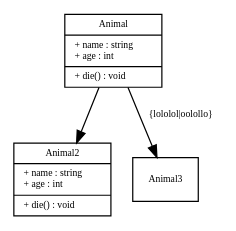
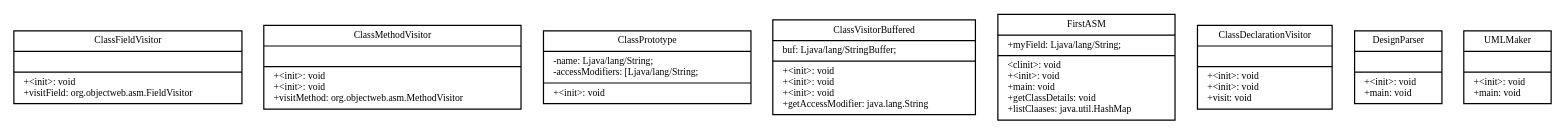
One commit to Maast3r/UMLMaker changed the diagram in graphs/test.dot. Above: the diagram before and after it, drawn with Graphviz. The commit also changed 5 other files, not shown here.

```diff
--- a/graphs/test.dot
+++ b/graphs/test.dot
@@ -1,26 +1,37 @@
-digraph G {
+digraph G{
+fontname = "Bitstream Vera Sans"
+fontsize = 8
+node [
         fontname = "Bitstream Vera Sans"
         fontsize = 8
+        shape = "record"
+]
+edge [
+        fontname = "Bitstream Vera Sans"
+        fontsize = 8
+]
+ClassFieldVisitor [ 
+    label="{ClassFieldVisitor| | +\<init\>: void\l+visitField: org.objectweb.asm.FieldVisitor\l}"]
 
-        node [
-                fontname = "Bitstream Vera Sans"
-                fontsize = 8
-                shape = "record"
-        ]
+ClassMethodVisitor [ 
+    label="{ClassMethodVisitor| | +\<init\>: void\l+\<init\>: void\l+visitMethod: org.objectweb.asm.MethodVisitor\l}"]
 
-        edge [
-                fontname = "Bitstream Vera Sans"
-                fontsize = 8
-        ]
+ClassPrototype [ 
+    label="{ClassPrototype|-name: Ljava/lang/String; \l -accessModifiers: [Ljava/lang/String; \l  | +\<init\>: void\l}"]
 
-        Animal [
-                label = "{Animal|+ name : string\l+ age : int\l|+ die() : void\l}"
-        ]
-        
-        Animal2 [
-                label = "{Animal2|+ name : string\l+ age : int\l|+ die() : void\l}"
-        ]
-        
-        Animal -> Animal2
-        Animal -> Animal3 [label = "{lololol|oolollo}"]
+ClassVisitorBuffered [ 
+    label="{ClassVisitorBuffered|buf: Ljava/lang/StringBuffer; \l  | +\<init\>: void\l+\<init\>: void\l+\<init\>: void\l+getAccessModifier: java.lang.String\l}"]
+
+FirstASM [ 
+    label="{FirstASM|+myField: Ljava/lang/String; \l  | \<clinit\>: void\l+\<init\>: void\l+main: void\l+getClassDetails: void\l+listClaases: java.util.HashMap\l}"]
+
+ClassDeclarationVisitor [ 
+    label="{ClassDeclarationVisitor| | +\<init\>: void\l+\<init\>: void\l+visit: void\l}"]
+
+DesignParser [ 
+    label="{DesignParser| | +\<init\>: void\l+main: void\l}"]
+
+UMLMaker [ 
+    label="{UMLMaker| | +\<init\>: void\l+main: void\l}"]
+
 }
```
